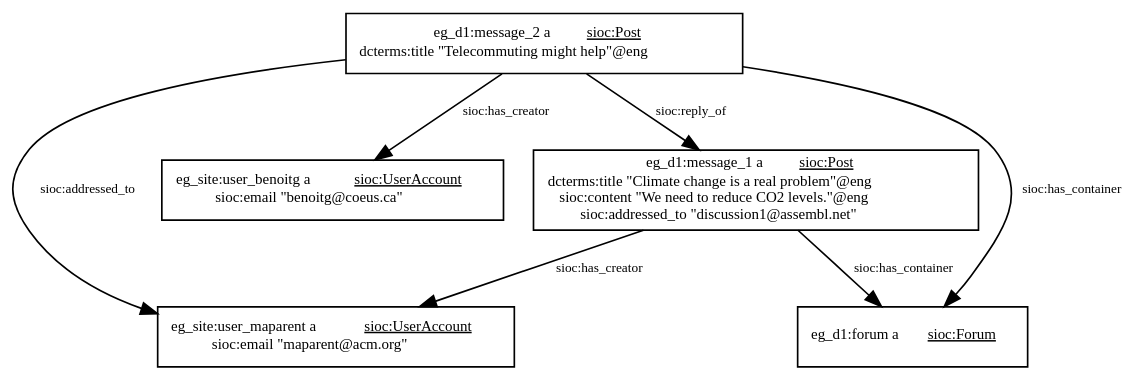
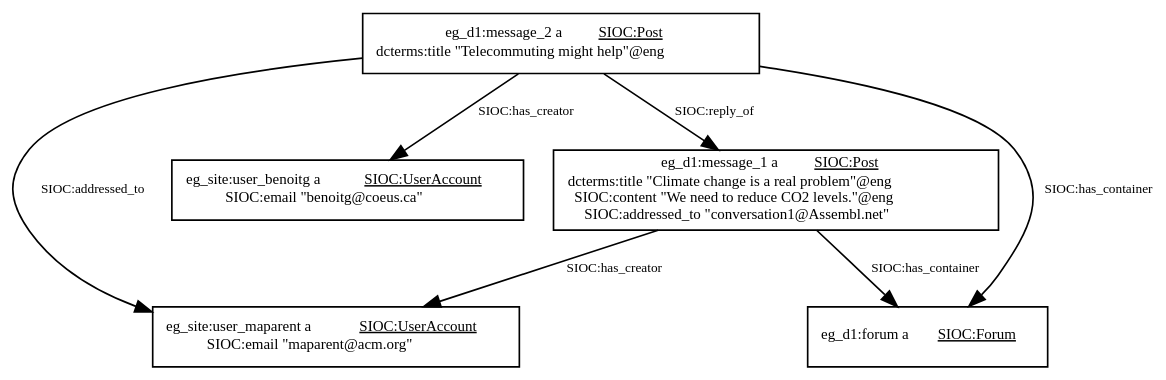
The eighth of 16 diagrams in interoperability/interoperability.md (catalyst-fp7/documents), drawn with Graphviz before and after one commit. The commit also changed other lines of this file, not shown here.

````diff
--- a/interoperability/interoperability.md
+++ b/interoperability/interoperability.md
@@ -1041,32 +1039,32 @@
 ```graphviz 0.83
 digraph g {
     graph [bgcolor="transparent", rankdir="TB", compound="true"];
     node [fillcolor=white, style=filled,  shape=record, fontsize=9];
     edge [fontsize=8];
     user1 [label=<<table border='0' cellborder='0' cellpadding='0' cellspacing='0'>
-        <tr><td>eg_site:user_maparent a <U>sioc:UserAccount</U></td></tr>
-        <tr><td>sioc:email "maparent@acm.org"</td></tr>
+        <tr><td>eg_site:user_maparent a <U>SIOC:UserAccount</U></td></tr>
+        <tr><td>SIOC:email "maparent@acm.org"</td></tr>
         </table>>];
     user2 [label=<<table border='0' cellborder='0' cellpadding='0' cellspacing='0'>
-        <tr><td>eg_site:user_benoitg a <U>sioc:UserAccount</U></td></tr>
-        <tr><td>sioc:email "benoitg@coeus.ca"</td></tr>
+        <tr><td>eg_site:user_benoitg a <U>SIOC:UserAccount</U></td></tr>
+        <tr><td>SIOC:email "benoitg@coeus.ca"</td></tr>
         </table>>];
-    forum [label=<eg_d1:forum a <U>sioc:Forum</U>>];
+    forum [label=<eg_d1:forum a <U>SIOC:Forum</U>>];
     post1 [label=<<table border='0' cellborder='0' cellpadding='0' cellspacing='0'>
-        <tr><td>eg_d1:message_1 a <U>sioc:Post</U></td></tr>
+        <tr><td>eg_d1:message_1 a <U>SIOC:Post</U></td></tr>
         <tr><td>dcterms:title "Climate change is a real problem"@eng</td></tr>
-        <tr><td>sioc:content "We need to reduce CO2 levels."@eng</td></tr>
-        <tr><td>sioc:addressed_to "discussion1@assembl.net"</td></tr>
+        <tr><td>SIOC:content "We need to reduce CO2 levels."@eng</td></tr>
+        <tr><td>SIOC:addressed_to "conversation1@Assembl.net"</td></tr>
     </table>>];
-    post1->user1 [label="sioc:has_creator"];
-    post1->forum [label="sioc:has_container"];
+    post1->user1 [label="SIOC:has_creator"];
+    post1->forum [label="SIOC:has_container"];
     post2 [label=<<table border='0' cellborder='0' cellpadding='0' cellspacing='0'>
-        <tr><td>eg_d1:message_2 a <U>sioc:Post</U></td></tr>
+        <tr><td>eg_d1:message_2 a <U>SIOC:Post</U></td></tr>
         <tr><td>dcterms:title "Telecommuting might help"@eng</td></tr>
     </table>>];
-    post2->user2 [label="sioc:has_creator"];
-    post2->user1 [label="sioc:addressed_to"];
-    post2->forum [label="sioc:has_container"];
-    post2->post1 [label="sioc:reply_of"];
+    post2->user2 [label="SIOC:has_creator"];
+    post2->user1 [label="SIOC:addressed_to"];
+    post2->forum [label="SIOC:has_container"];
+    post2->post1 [label="SIOC:reply_of"];
 }
 ```
````
